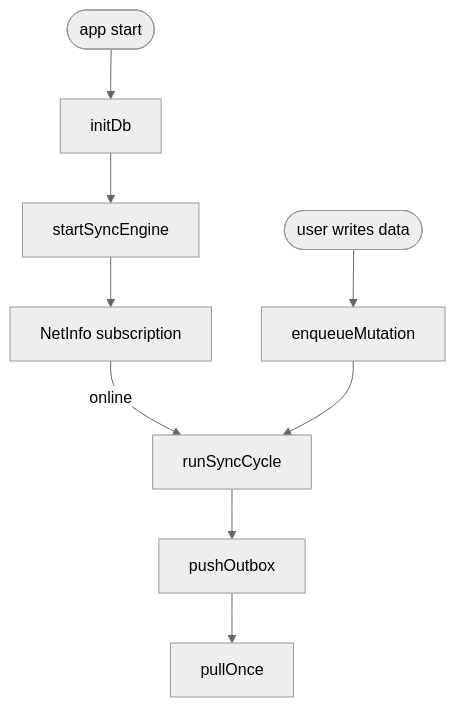
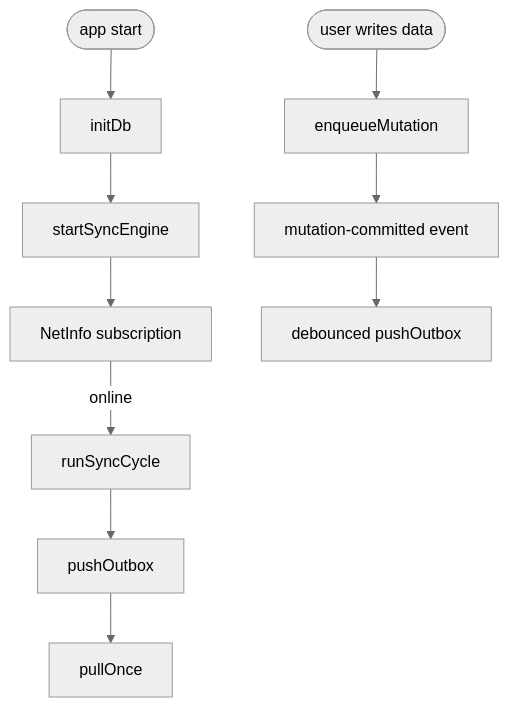
The second of 4 diagrams in ARCHITECTURE.md (Nittuz/vyayamy), drawn with Mermaid (neutral theme) before and after one commit. The commit also changed other lines of this file and 21 other files, not shown here.

````diff
--- a/ARCHITECTURE.md
+++ b/ARCHITECTURE.md
@@ -185,11 +189,12 @@
 ```mermaid
 flowchart TD
   Start([app start]) --> InitDB[initDb]
   InitDB --> StartEngine[startSyncEngine]
   StartEngine --> NetSub[NetInfo subscription]
   NetSub -->|online| Cycle[runSyncCycle]
   Cycle --> Push[pushOutbox]
   Push --> Pull[pullOnce]
   UserAction([user writes data]) --> Enqueue[enqueueMutation]
-  Enqueue --> Cycle
+  Enqueue --> Emit[mutation-committed event]
+  Emit --> DebouncedPush[debounced pushOutbox]
 ```
````
